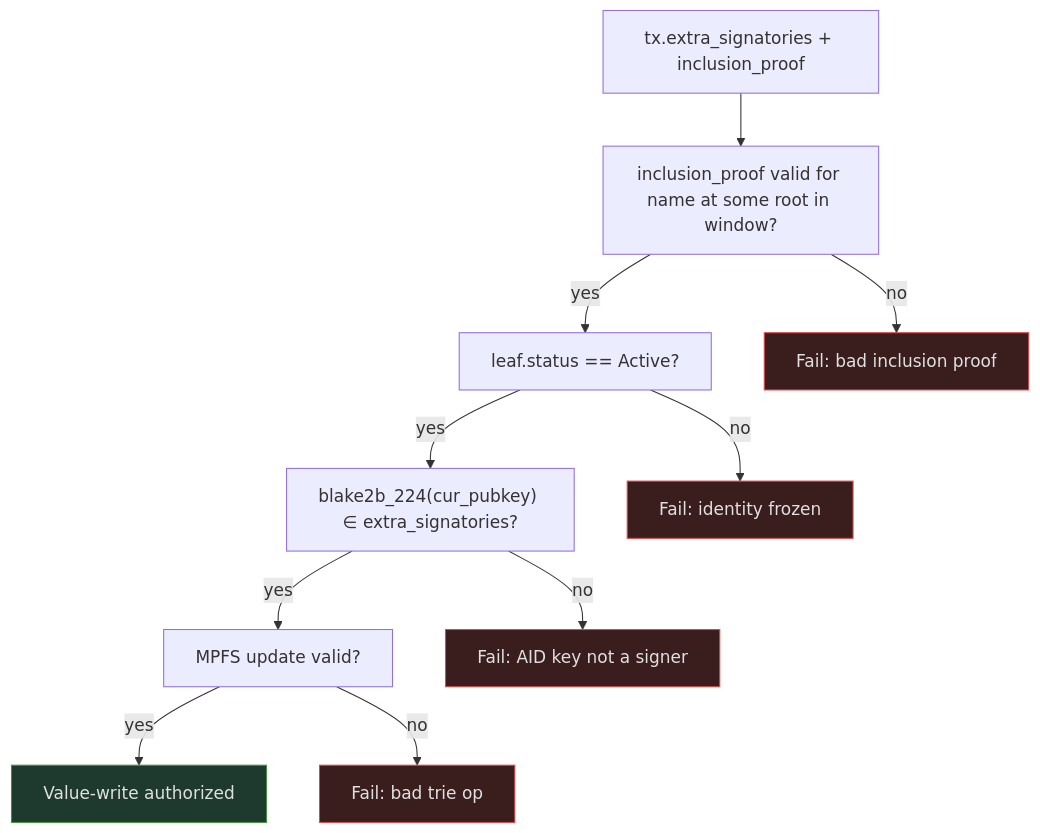
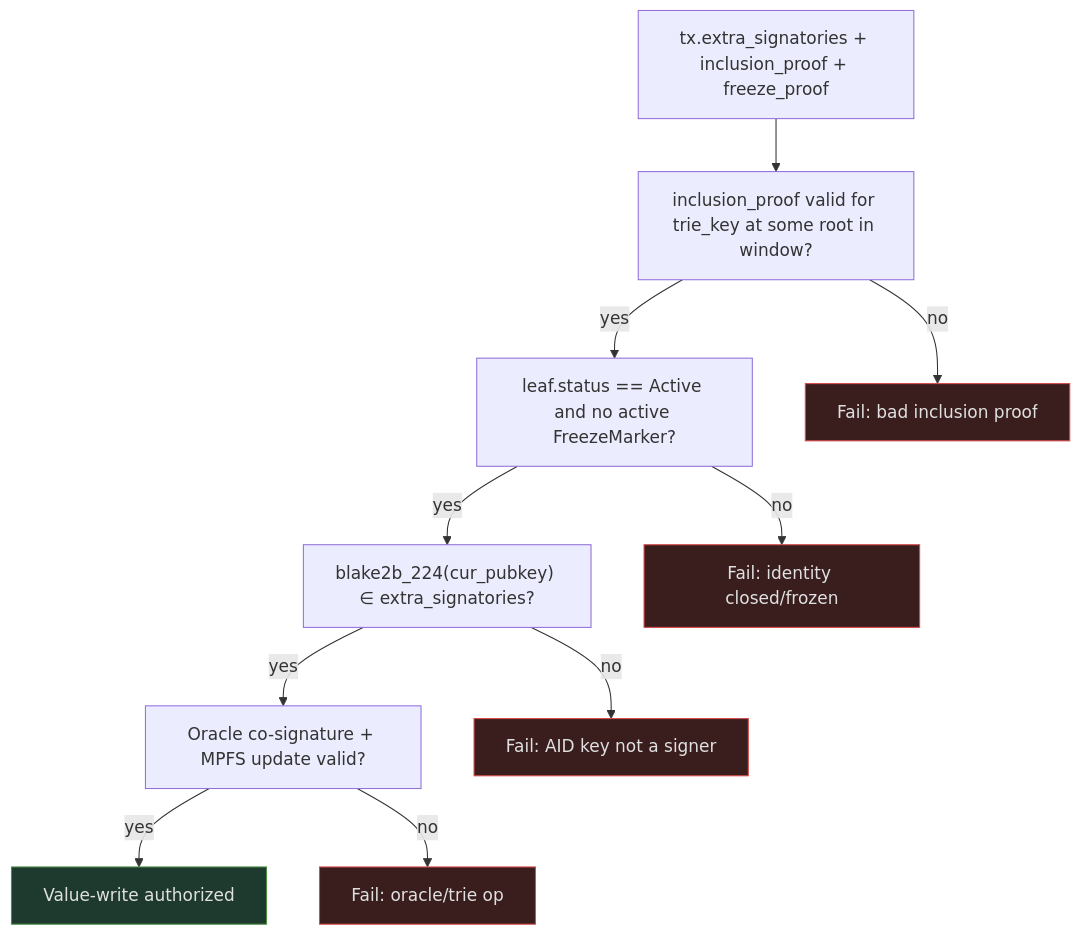
One commit to lambdasistemi/cardano-keri changed the second of 2 diagrams in docs/architecture/value-auth.md. Above: the diagram before and after it, drawn with Mermaid. The commit also changed other lines of this file and 3 other files, not shown here.

````diff
--- a/docs/architecture/value-auth.md
+++ b/docs/architecture/value-auth.md
@@ -84,19 +105,19 @@
 ```mermaid
 flowchart TD
-    A["tx.extra_signatories + inclusion_proof"] --> B
-    B["inclusion_proof valid for name at some root in window?"]
-    B -->|yes| C["leaf.status == Active?"]
+    A["tx.extra_signatories + inclusion_proof + freeze_proof"] --> B
+    B["inclusion_proof valid for trie_key at some root in window?"]
+    B -->|yes| C["leaf.status == Active and no active FreezeMarker?"]
     B -->|no| FAIL1["Fail: bad inclusion proof"]
     C -->|yes| D["blake2b_224(cur_pubkey) ∈ extra_signatories?"]
-    C -->|no| FAIL2["Fail: identity frozen"]
-    D -->|yes| E["MPFS update valid?"]
+    C -->|no| FAIL2["Fail: identity closed/frozen"]
+    D -->|yes| E["Oracle co-signature + MPFS update valid?"]
     D -->|no| FAIL3["Fail: AID key not a signer"]
     E -->|yes| OK["Value-write authorized"]
-    E -->|no| FAIL4["Fail: bad trie op"]
+    E -->|no| FAIL4["Fail: oracle/trie op"]
 
     style OK fill:#1e3a2f,stroke:#4a9040,color:#e0e0e0
     style FAIL1 fill:#3a1e1e,stroke:#d94a4a,color:#e0e0e0
     style FAIL2 fill:#3a1e1e,stroke:#d94a4a,color:#e0e0e0
     style FAIL3 fill:#3a1e1e,stroke:#d94a4a,color:#e0e0e0
     style FAIL4 fill:#3a1e1e,stroke:#d94a4a,color:#e0e0e0
 ```
````
